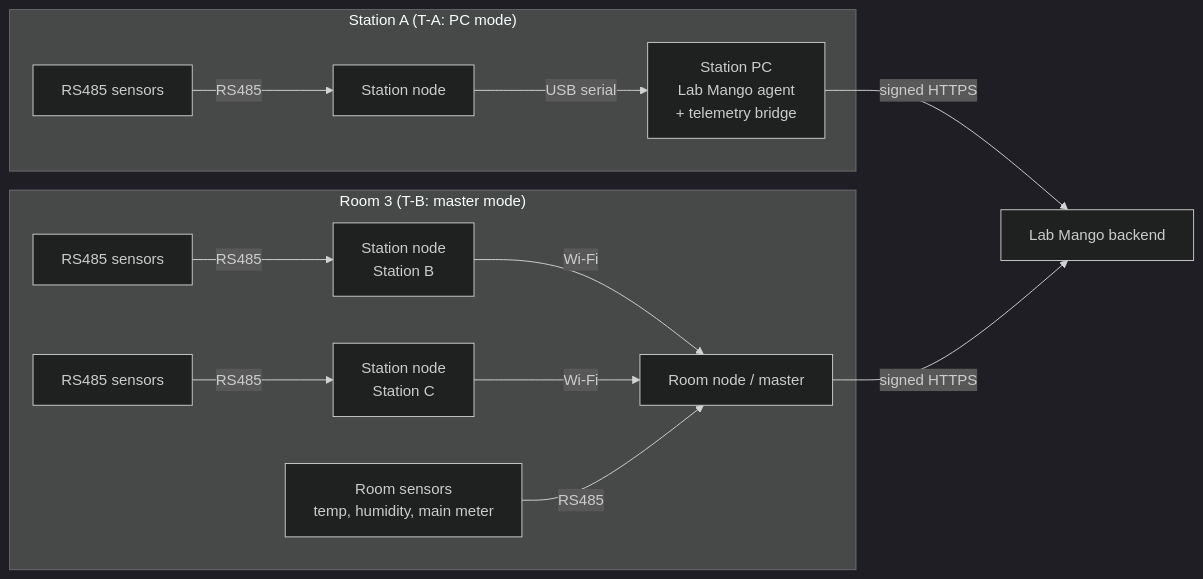
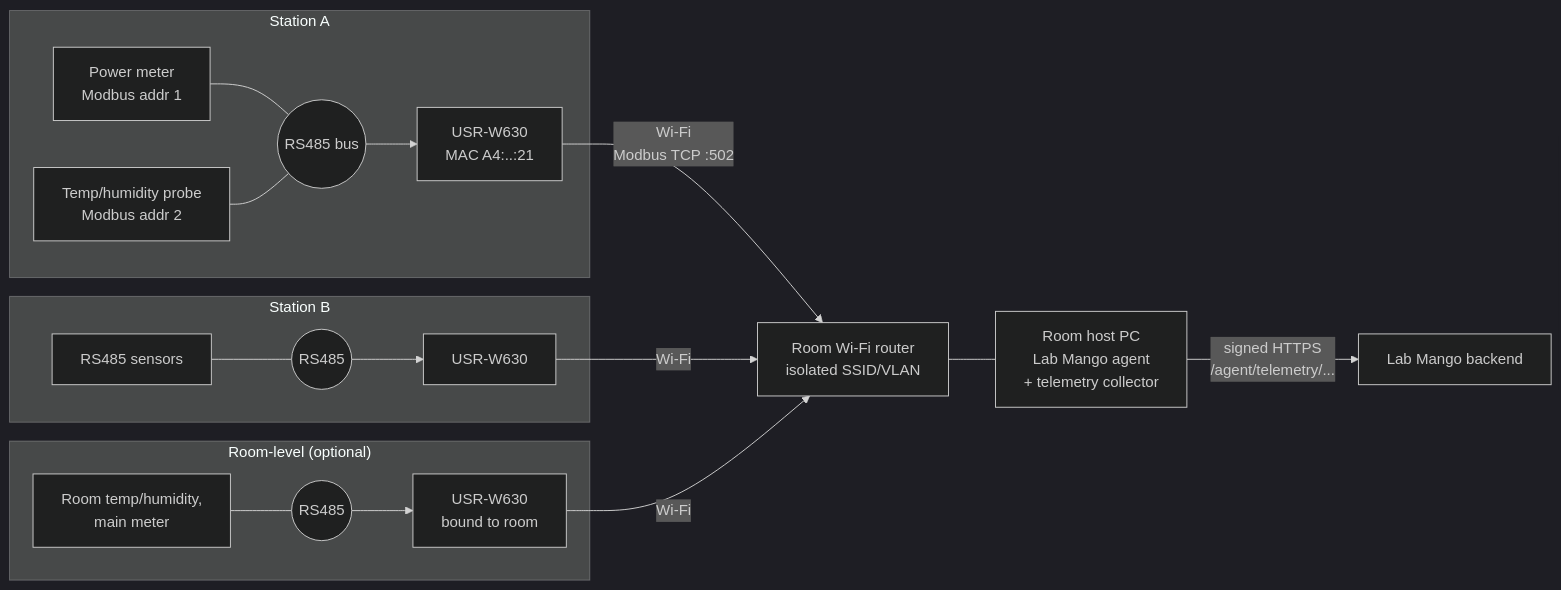
The first of 5 diagrams in docs/proposals/environment-telemetry.md (angustino88/lab-mango), drawn with Mermaid (dark theme) before and after one commit. The commit also changed other lines of this file, not shown here.

First line of the commit message:
docs: redesign environment telemetry around USR-W630 converters and room host PC

````diff
--- a/docs/proposals/environment-telemetry.md
+++ b/docs/proposals/environment-telemetry.md
@@ -71,16 +71,19 @@
 ```mermaid
 flowchart LR
-  subgraph "Station A (T-A: PC mode)"
-    SA[RS485 sensors] -- RS485 --> NA[Station node]
-    NA -- USB serial --> PC[Station PC<br/>Lab Mango agent<br/>+ telemetry bridge]
+  subgraph "Station A"
+    SA1[Power meter<br/>Modbus addr 1] --- BUSA((RS485 bus))
+    SA2[Temp/humidity probe<br/>Modbus addr 2] --- BUSA
+    BUSA --> WA[USR-W630<br/>MAC A4:..:21]
   end
-  subgraph "Room 3 (T-B: master mode)"
-    SB[RS485 sensors] -- RS485 --> NB[Station node<br/>Station B]
-    SC[RS485 sensors] -- RS485 --> NC[Station node<br/>Station C]
-    NB -- Wi-Fi --> M[Room node / master]
-    NC -- Wi-Fi --> M
-    RS[Room sensors<br/>temp, humidity, main meter] -- RS485 --> M
+  subgraph "Station B"
+    SB1[RS485 sensors] --- BUSB((RS485)) --> WB[USR-W630]
   end
-  PC -- signed HTTPS --> API[Lab Mango backend]
-  M -- signed HTTPS --> API
+  subgraph "Room-level (optional)"
+    SR[Room temp/humidity,<br/>main meter] --- BUSR((RS485)) --> WR[USR-W630<br/>bound to room]
+  end
+  WA -- "Wi-Fi<br/>Modbus TCP :502" --> R[Room Wi-Fi router<br/>isolated SSID/VLAN]
+  WB -- Wi-Fi --> R
+  WR -- Wi-Fi --> R
+  R --- H[Room host PC<br/>Lab Mango agent<br/>+ telemetry collector]
+  H -- "signed HTTPS<br/>/agent/telemetry/..." --> API[Lab Mango backend]
 ```
````
